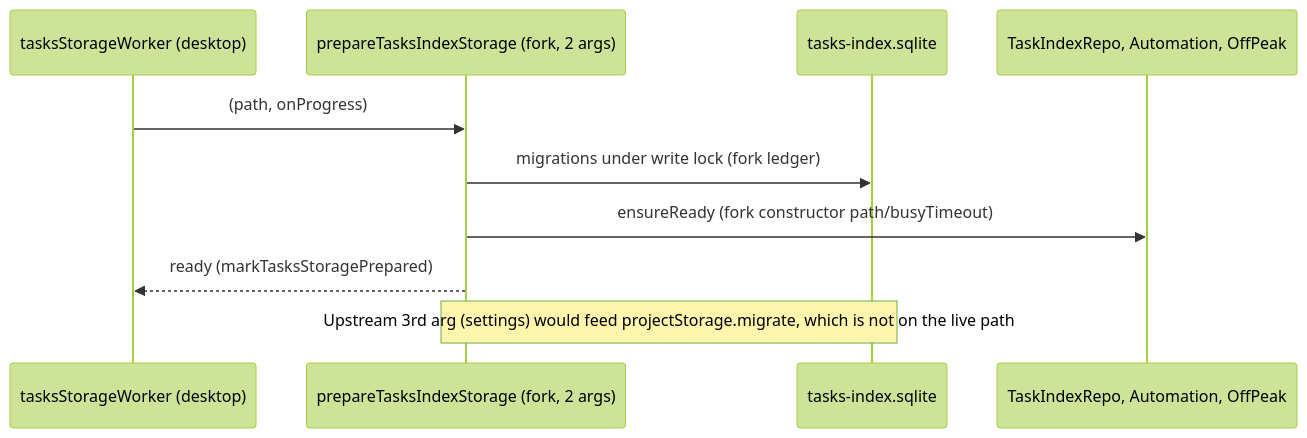
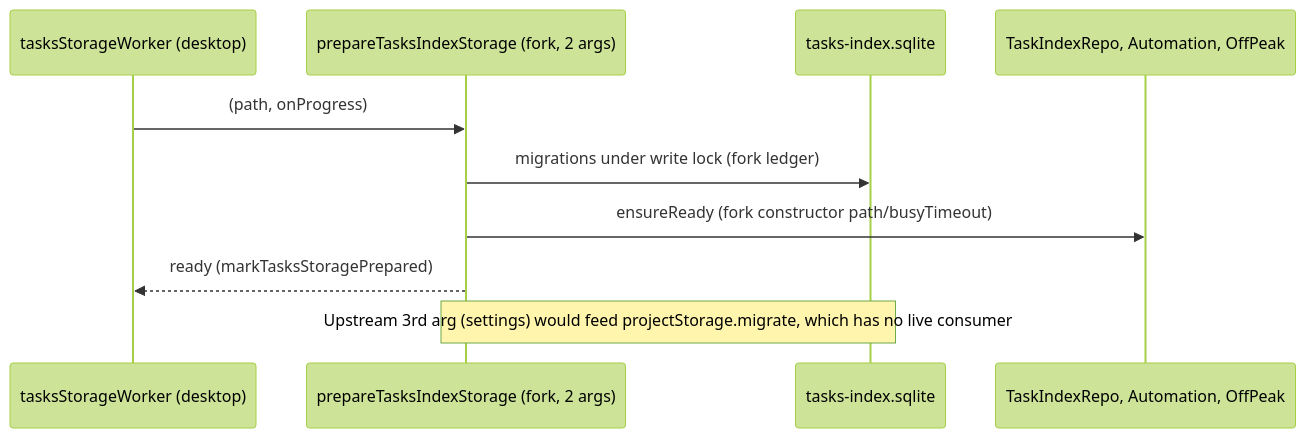
One commit to osben/ZCode changed the second of 2 diagrams in specs/services-upstream-sync-part4.md. Above: the diagram before and after it, drawn with Mermaid (forest theme). The commit also changed other lines of this file and 3 other files, not shown here.

````diff
--- a/specs/services-upstream-sync-part4.md
+++ b/specs/services-upstream-sync-part4.md
@@ -82,12 +109,12 @@
 ```mermaid
 sequenceDiagram
   participant Desktop as tasksStorageWorker (desktop)
   participant Start as prepareTasksIndexStorage (fork, 2 args)
   participant DB as tasks-index.sqlite
   participant Repos as TaskIndexRepo, Automation, OffPeak
   Desktop->>Start: (path, onProgress)
   Start->>DB: migrations under write lock (fork ledger)
   Start->>Repos: ensureReady (fork constructor path/busyTimeout)
   Start-->>Desktop: ready (markTasksStoragePrepared)
-  Note over Start,DB: Upstream 3rd arg (settings) would feed projectStorage.migrate, which is not on the live path
+  Note over Start,DB: Upstream 3rd arg (settings) would feed projectStorage.migrate, which has no live consumer
 ```
````
